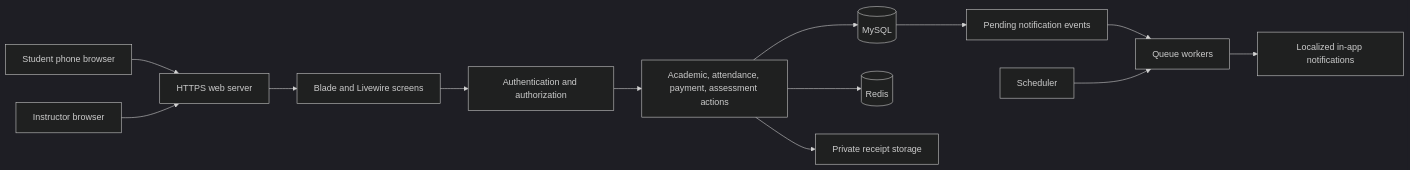
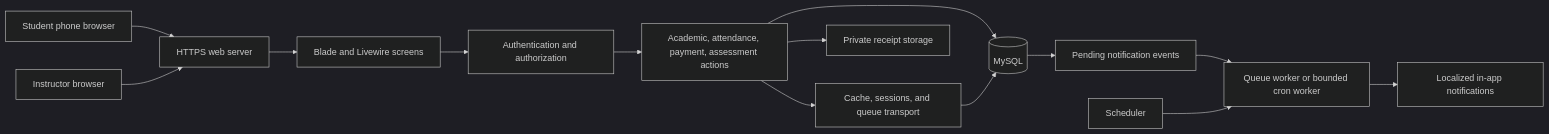
One commit to fareskhalid/first-academy changed the first of 2 diagrams in docs/project-requirements.md. Above: the diagram before and after it, drawn with Mermaid (dark theme). The commit also changed other lines of this file and 13 other files, not shown here.

````diff
--- a/docs/project-requirements.md
+++ b/docs/project-requirements.md
@@ -492,15 +492,16 @@
 ```mermaid
 flowchart LR
     S[Student phone browser] --> W[HTTPS web server]
     I[Instructor browser] --> W
     W --> UI[Blade and Livewire screens]
     UI --> A[Authentication and authorization]
     A --> B[Academic, attendance, payment, assessment actions]
     B --> DB[(MySQL)]
-    B --> R[(Redis)]
+    B --> C[Cache, sessions, and queue transport]
+    C --> DB
     B --> F[Private receipt storage]
     DB --> E[Pending notification events]
-    E --> Q[Queue workers]
+    E --> Q[Queue worker or bounded cron worker]
     Q --> N[Localized in-app notifications]
     T[Scheduler] --> Q
 ```
````
